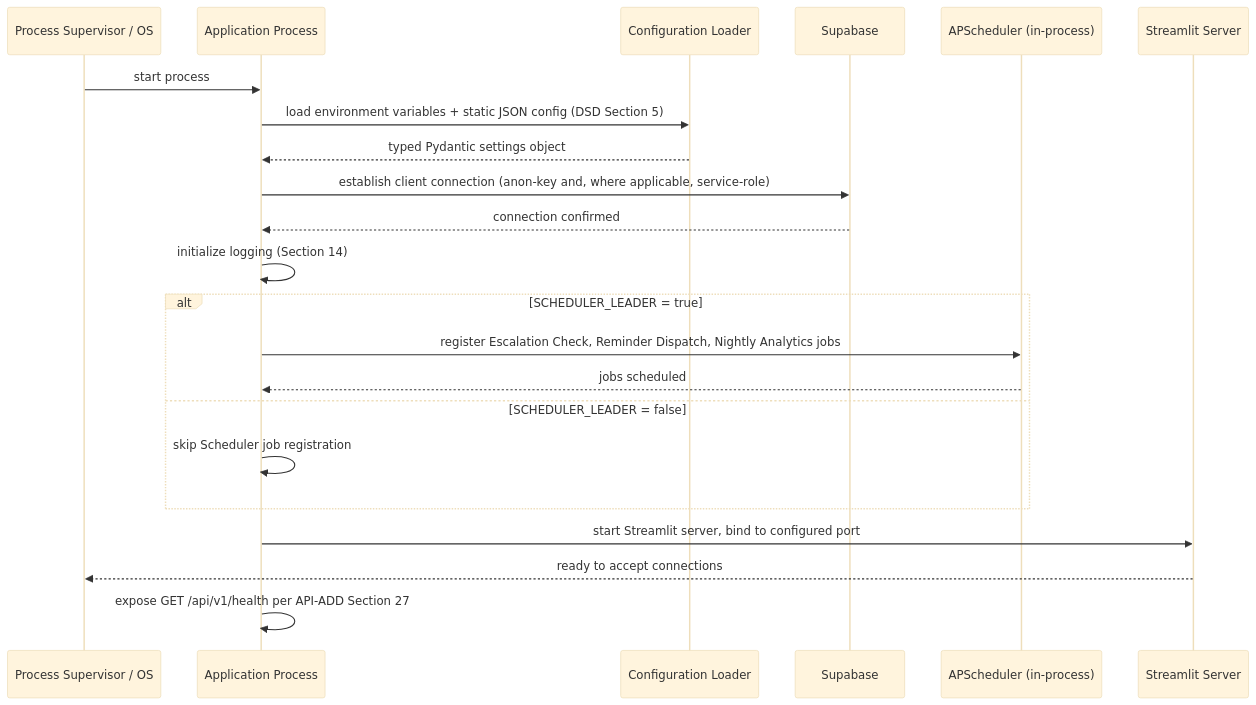
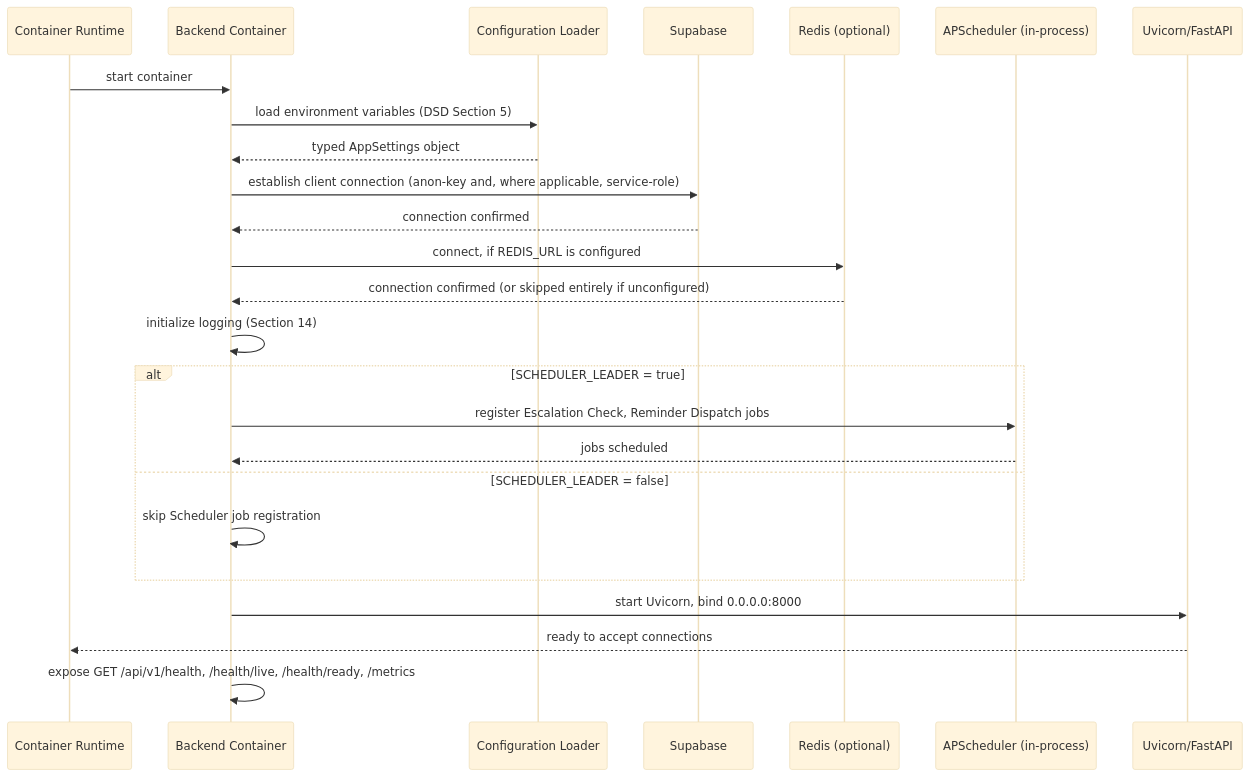
The third of 6 diagrams in docs/deployment.md (ayeshashahzad565-dev/enterprise-automation-hub), drawn with Mermaid (base theme) before and after one commit. The commit also changed other lines of this file and 826 other files, not shown here.

````diff
--- a/docs/deployment.md
+++ b/docs/deployment.md
@@ -170,25 +185,28 @@
 ```mermaid
 sequenceDiagram
-    participant OS as Process Supervisor / OS
-    participant App as Application Process
+    participant OS as Container Runtime
+    participant App as Backend Container
     participant CL as Configuration Loader
     participant Supa as Supabase
+    participant Rds as Redis (optional)
     participant Sched as APScheduler (in-process)
-    participant UI as Streamlit Server
+    participant API as Uvicorn/FastAPI
 
-    OS->>App: start process
-    App->>CL: load environment variables + static JSON config (DSD Section 5)
-    CL-->>App: typed Pydantic settings object
+    OS->>App: start container
+    App->>CL: load environment variables (DSD Section 5)
+    CL-->>App: typed AppSettings object
     App->>Supa: establish client connection (anon-key and, where applicable, service-role)
     Supa-->>App: connection confirmed
+    App->>Rds: connect, if REDIS_URL is configured
+    Rds-->>App: connection confirmed (or skipped entirely if unconfigured)
     App->>App: initialize logging (Section 14)
     alt SCHEDULER_LEADER = true
-        App->>Sched: register Escalation Check, Reminder Dispatch, Nightly Analytics jobs
+        App->>Sched: register Escalation Check, Reminder Dispatch jobs
         Sched-->>App: jobs scheduled
     else SCHEDULER_LEADER = false
         App->>App: skip Scheduler job registration
     end
-    App->>UI: start Streamlit server, bind to configured port
-    UI-->>OS: ready to accept connections
-    App->>App: expose GET /api/v1/health per API-ADD Section 27
+    App->>API: start Uvicorn, bind 0.0.0.0:8000
+    API-->>OS: ready to accept connections
+    App->>App: expose GET /api/v1/health, /health/live, /health/ready, /metrics
 ```
````
